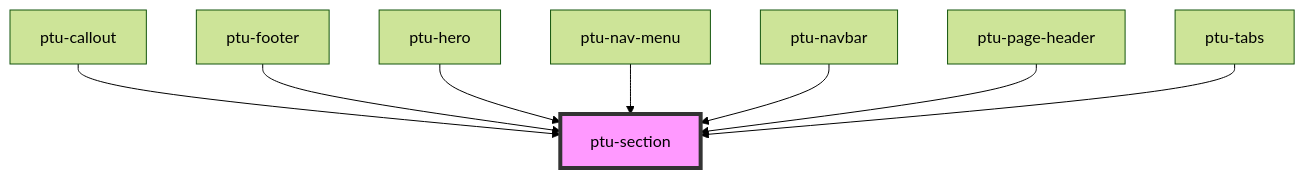
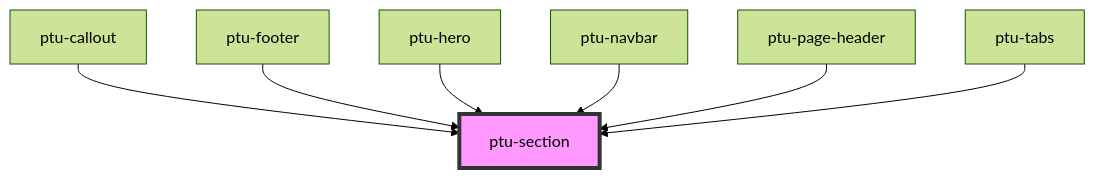
Before and after one commit to ptenu/elements: the diagram in src/components/ptu-section/readme.md, drawn with Mermaid (forest theme). The commit also changed other lines of this file and 31 other files, not shown here.

````diff
--- a/src/components/ptu-section/readme.md
+++ b/src/components/ptu-section/readme.md
@@ -28,11 +27,10 @@
 ```mermaid
 graph TD;
   ptu-callout --> ptu-section
   ptu-footer --> ptu-section
   ptu-hero --> ptu-section
-  ptu-nav-menu --> ptu-section
   ptu-navbar --> ptu-section
   ptu-page-header --> ptu-section
   ptu-tabs --> ptu-section
   style ptu-section fill:#f9f,stroke:#333,stroke-width:4px
 ```
````
